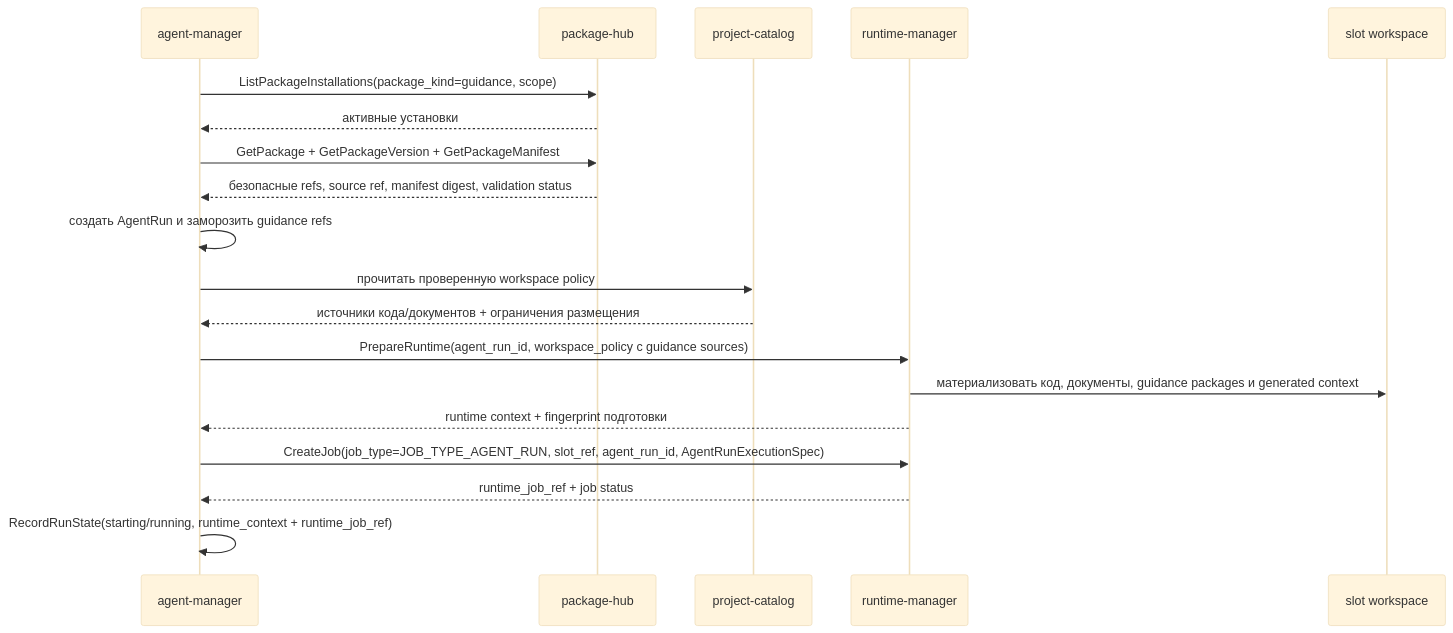
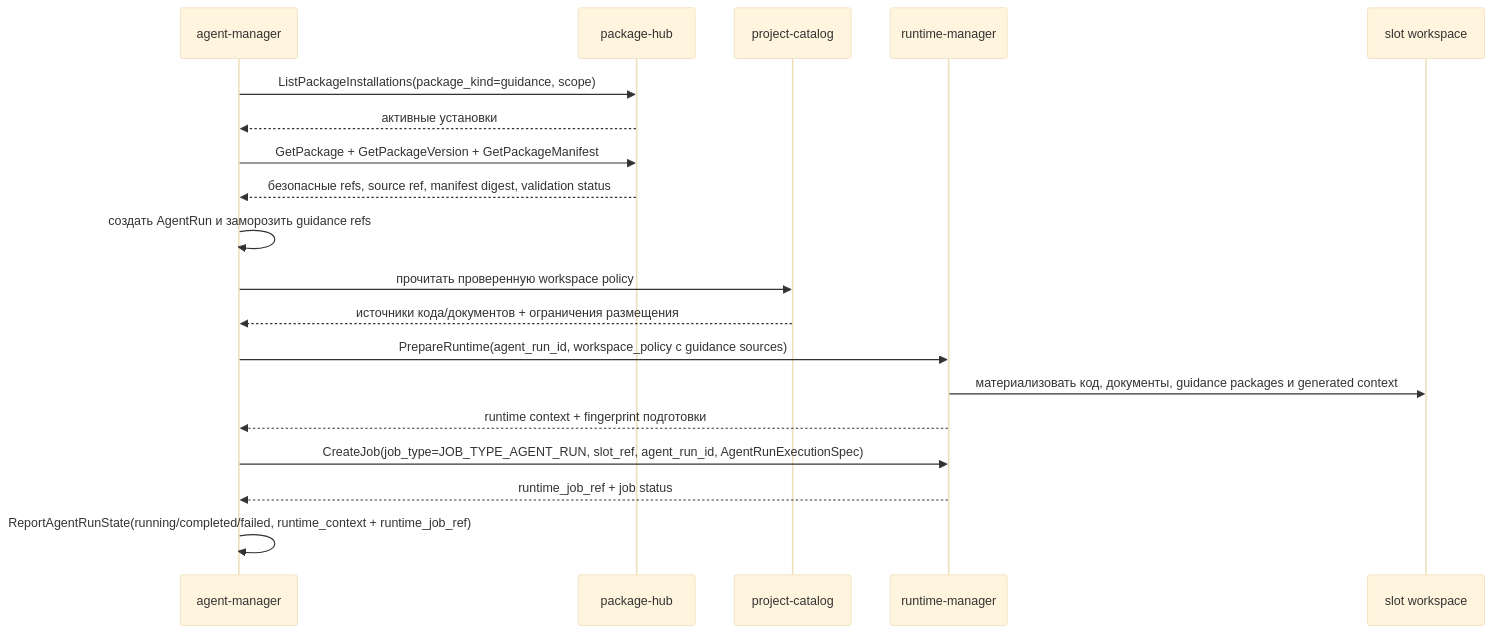
Before and after one commit to codex-k8s/kodex: the diagram in docs/domains/agent-orchestration/architecture/guidance_workspace_context.md, drawn with Mermaid (base theme). The commit also changed other lines of this file and 13 other files, not shown here.

Commit message:
Run Codex sessions from agent runner

````diff
--- a/docs/domains/agent-orchestration/architecture/guidance_workspace_context.md
+++ b/docs/domains/agent-orchestration/architecture/guidance_workspace_context.md
@@ -48,22 +48,22 @@
 ```mermaid
 sequenceDiagram
   participant AM as agent-manager
   participant PKG as package-hub
   participant PC as project-catalog
   participant RT as runtime-manager
   participant SLOT as slot workspace
 
   AM->>PKG: ListPackageInstallations(package_kind=guidance, scope)
   PKG-->>AM: активные установки
   AM->>PKG: GetPackage + GetPackageVersion + GetPackageManifest
   PKG-->>AM: безопасные refs, source ref, manifest digest, validation status
   AM->>AM: создать AgentRun и заморозить guidance refs
   AM->>PC: прочитать проверенную workspace policy
   PC-->>AM: источники кода/документов + ограничения размещения
   AM->>RT: PrepareRuntime(agent_run_id, workspace_policy с guidance sources)
   RT->>SLOT: материализовать код, документы, guidance packages и generated context
   RT-->>AM: runtime context + fingerprint подготовки
   AM->>RT: CreateJob(job_type=JOB_TYPE_AGENT_RUN, slot_ref, agent_run_id, AgentRunExecutionSpec)
   RT-->>AM: runtime_job_ref + job status
-  AM->>AM: RecordRunState(starting/running, runtime_context + runtime_job_ref)
+  AM->>AM: ReportAgentRunState(running/completed/failed, runtime_context + runtime_job_ref)
 ```
````
